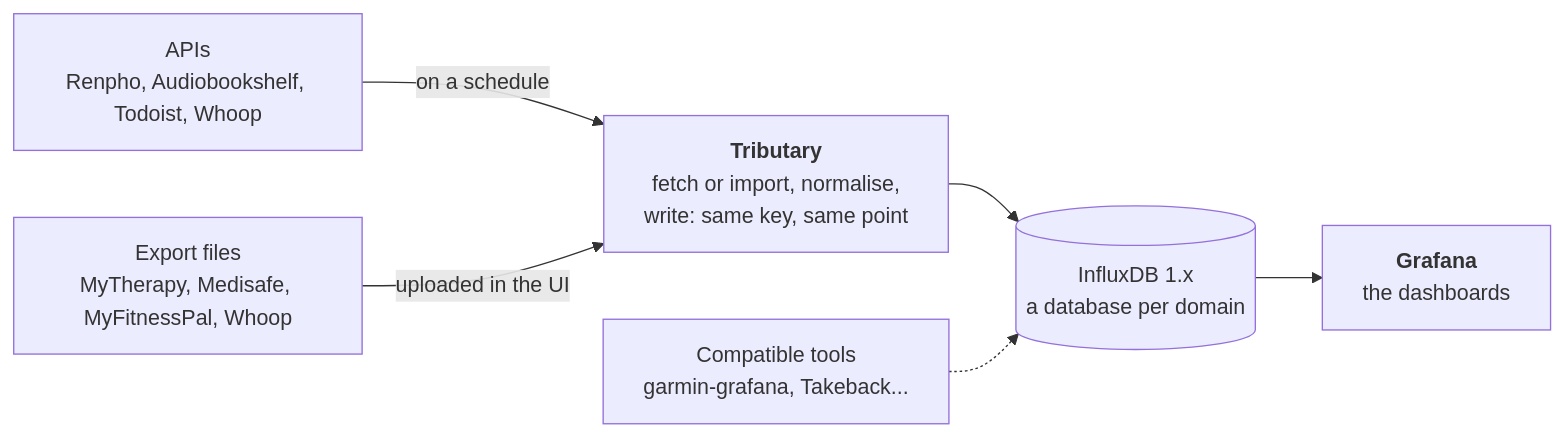
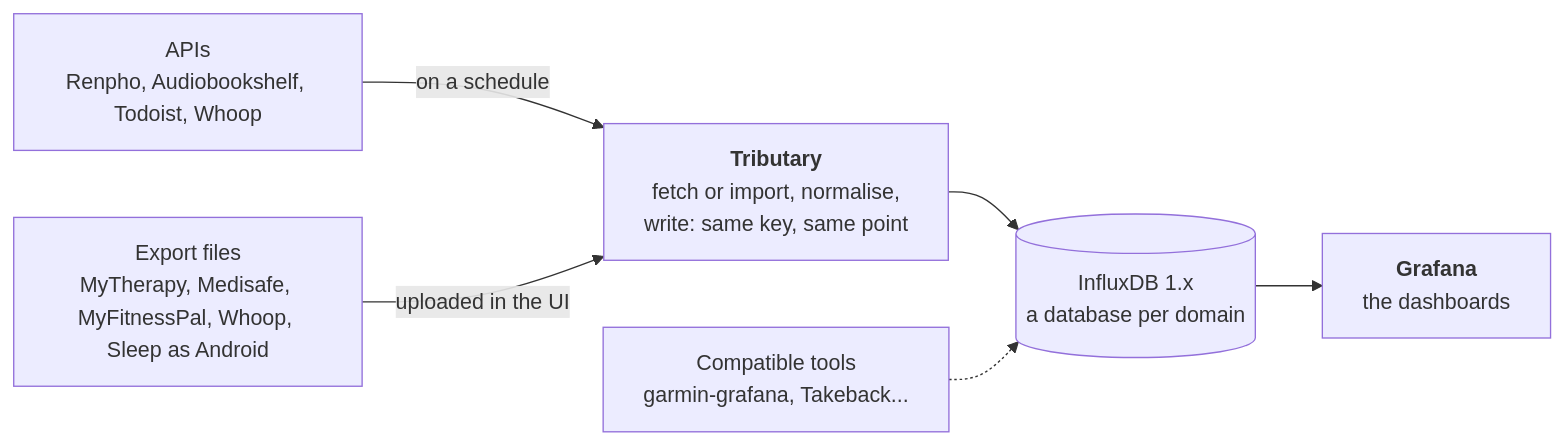
The diagram in README.md (vchatela-org/tributary), drawn with Mermaid before and after one commit. The commit also changed other lines of this file and 15 other files, not shown here.

Commit message:
feat(sleep-as-android): a Sleep as Android backup connector (#39)

````diff
--- a/README.md
+++ b/README.md
@@ -13,8 +13,8 @@
 ```mermaid
 flowchart LR
     api["APIs<br>Renpho, Audiobookshelf, Todoist, Whoop"] -- on a schedule --> T
-    files["Export files<br>MyTherapy, Medisafe, MyFitnessPal, Whoop"] -- uploaded in the UI --> T
+    files["Export files<br>MyTherapy, Medisafe, MyFitnessPal, Whoop, Sleep as Android"] -- uploaded in the UI --> T
     T["<b>Tributary</b><br>fetch or import, normalise,<br>write: same key, same point"] --> DB[("InfluxDB 1.x<br>a database per domain")]
     tools["Compatible tools<br>garmin-grafana, Takeback..."] -.-> DB
     DB --> G["<b>Grafana</b><br>the dashboards"]
 ```
````
